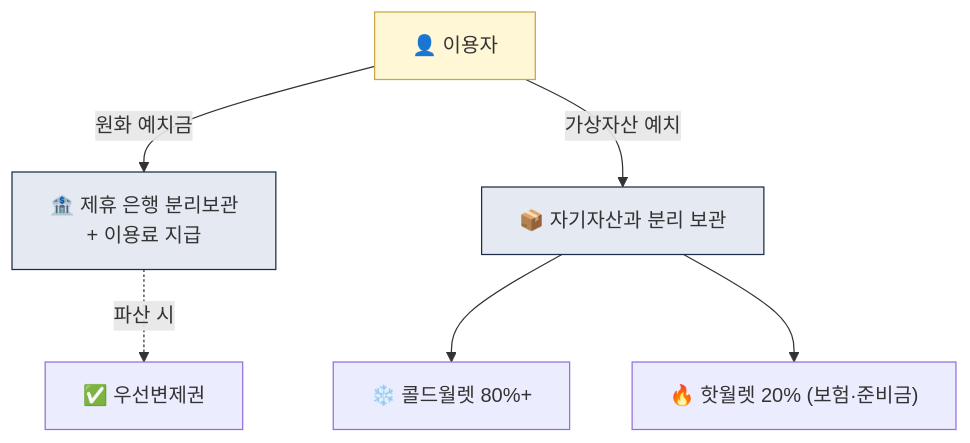
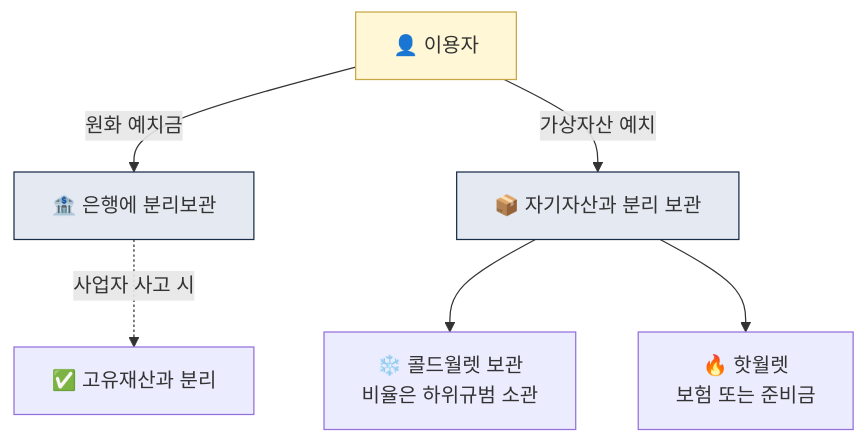
One commit to lala-david/aml-notes changed the first of 2 diagrams in curriculum/day_10.md. Above: the diagram before and after it, drawn with Mermaid. The commit also changed other lines of this file and 233 other files, not shown here.

````diff
--- a/curriculum/day_10.md
+++ b/curriculum/day_10.md
@@ -13,11 +13,11 @@
 ```mermaid
 flowchart TB
-    U["👤 이용자"] -->|원화 예치금| B["🏦 제휴 은행 분리보관<br/>+ 이용료 지급"]
+    U["👤 이용자"] -->|원화 예치금| B["🏦 은행에 분리보관"]
     U -->|가상자산 예치| C["📦 자기자산과 분리 보관"]
-    C --> CW["❄️ 콜드월렛 80%+"]
-    C --> HW["🔥 핫월렛 20% (보험·준비금)"]
-    B -.파산 시.-> UV["✅ 우선변제권"]
+    C --> CW["❄️ 콜드월렛 보관<br/>비율은 하위규범 소관"]
+    C --> HW["🔥 핫월렛<br/>보험 또는 준비금"]
+    B -.사업자 사고 시.-> UV["✅ 고유재산과 분리"]
     style U fill:#fff7d6,stroke:#c9a646
     style B fill:#e5eaf2,stroke:#1a2e4a
     style C fill:#e5eaf2,stroke:#1a2e4a
 ```
````
